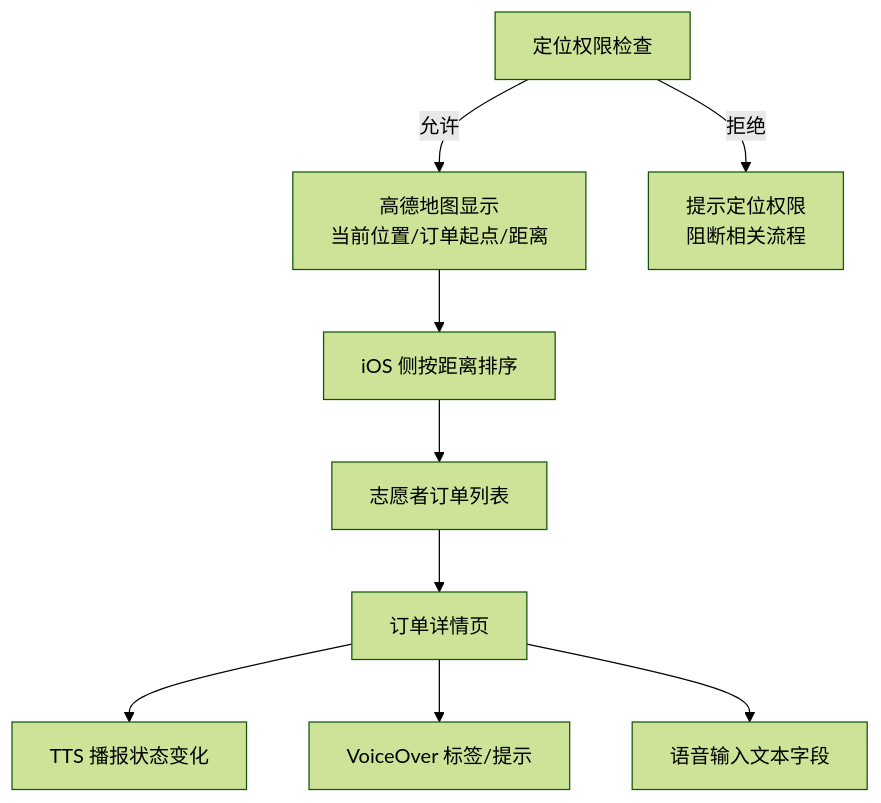
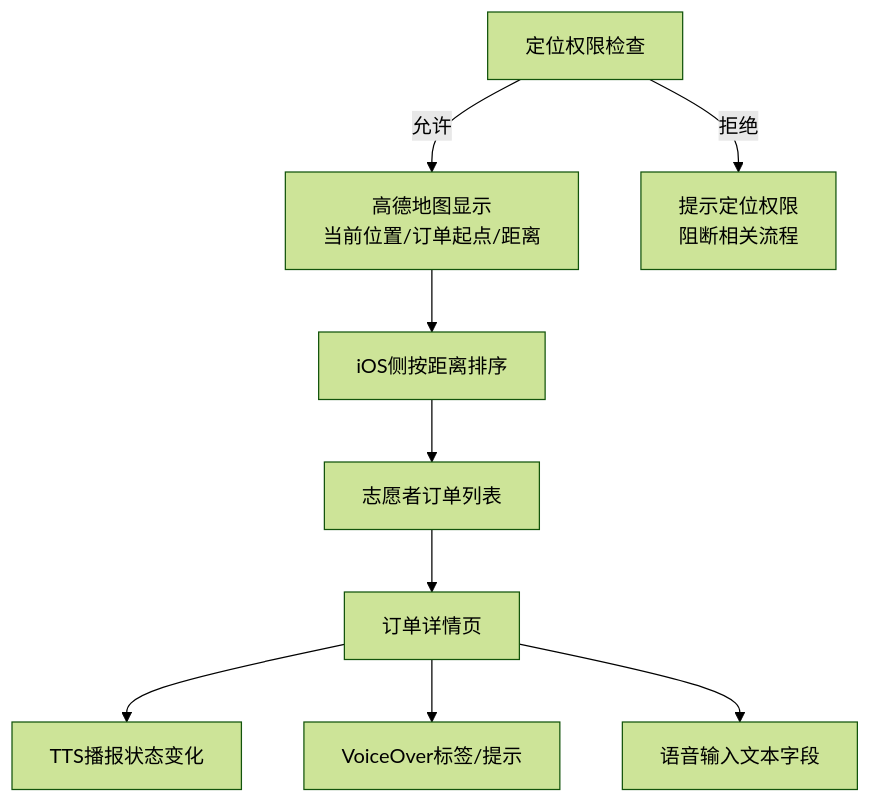
Before and after one commit to Jayden23018/blind-run-ios: the seventh of 9 diagrams in .qoder/repowiki/zh/content/架构设计/架构设计.md, drawn with Mermaid (forest theme). The commit also changed other lines of this file and 10 other files, not shown here.

````diff
--- a/.qoder/repowiki/zh/content/架构设计/架构设计.md
+++ b/.qoder/repowiki/zh/content/架构设计/架构设计.md
@@ -303,11 +366,11 @@
 ```mermaid
 flowchart TD
 A["定位权限检查"] --> |允许| Map["高德地图显示<br/>当前位置/订单起点/距离"]
 A --> |拒绝| Guide["提示定位权限<br/>阻断相关流程"]
-Map --> Sort["iOS 侧按距离排序"]
+Map --> Sort["iOS侧按距离排序"]
 Sort --> List["志愿者订单列表"]
 List --> Detail["订单详情页"]
-Detail --> TTS["TTS 播报状态变化"]
-Detail --> VO["VoiceOver 标签/提示"]
+Detail --> TTS["TTS播报状态变化"]
+Detail --> VO["VoiceOver标签/提示"]
 Detail --> Speech["语音输入文本字段"]
 ```
````
